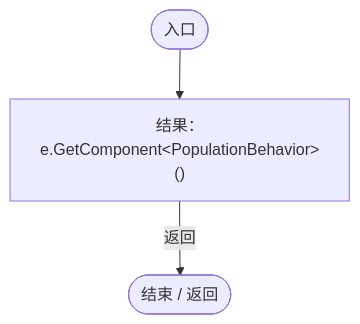
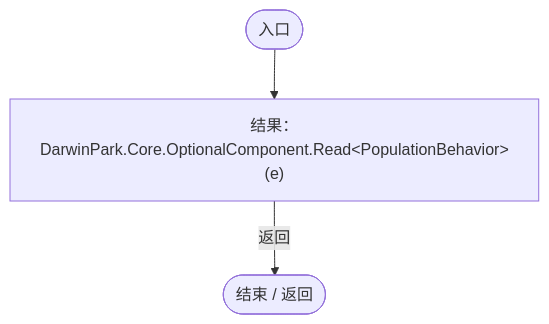
One commit to xhs6666/Darwin_paradise changed diagram 15 of 41 in Docs/运行流程图/脚本/084e119b69cdd751.md. Above: the diagram before and after it, drawn with Mermaid. The commit also changed other lines of this file and 297 other files, not shown here.

````diff
--- a/Docs/运行流程图/脚本/084e119b69cdd751.md
+++ b/Docs/运行流程图/脚本/084e119b69cdd751.md
@@ -576,9 +577,9 @@
 ```mermaid
 flowchart TD
   b0(["入口"])
-  b1["结果：e.GetComponent&lt;PopulationBehavior&gt;()"]
+  b1["结果：DarwinPark.Core.OptionalComponent.Read&lt;PopulationBehavior&gt;(e)"]
   b2(["结束 / 返回"])
   b0 --> b1
   b1 -->|"返回"| b2
 
 ```
````
